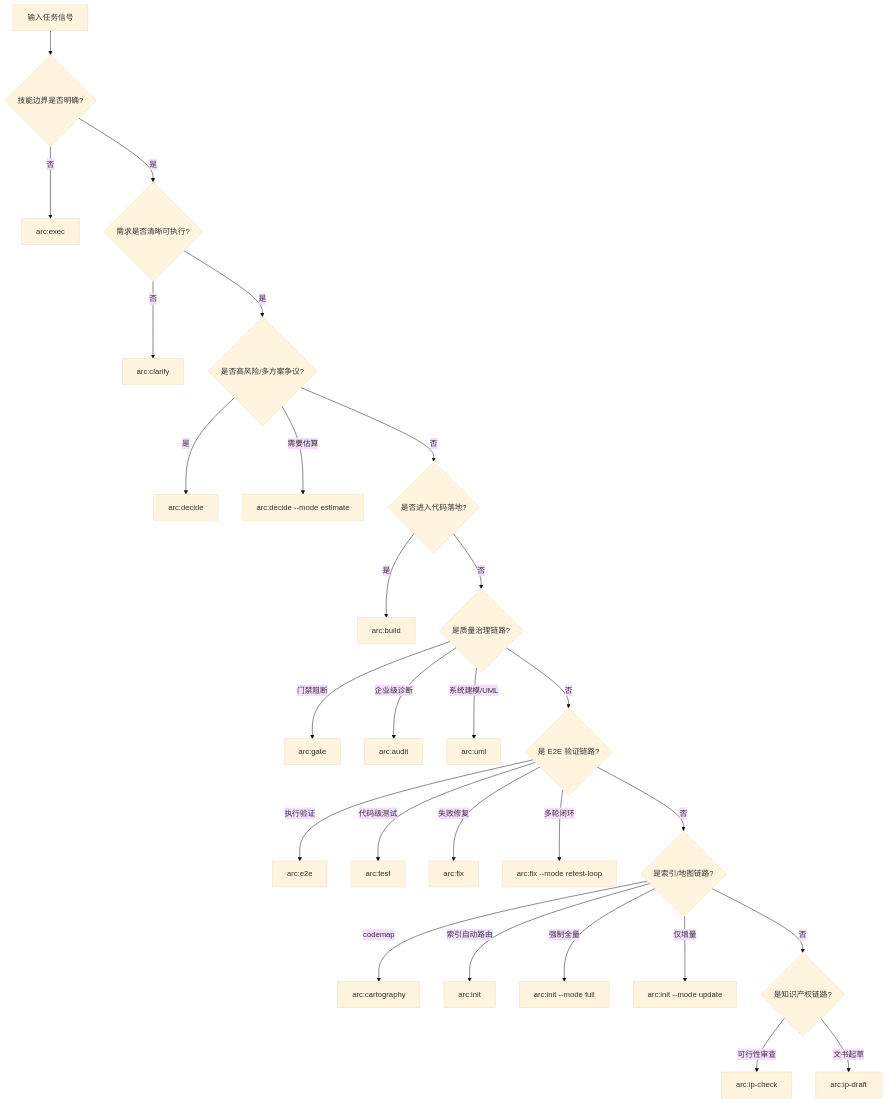
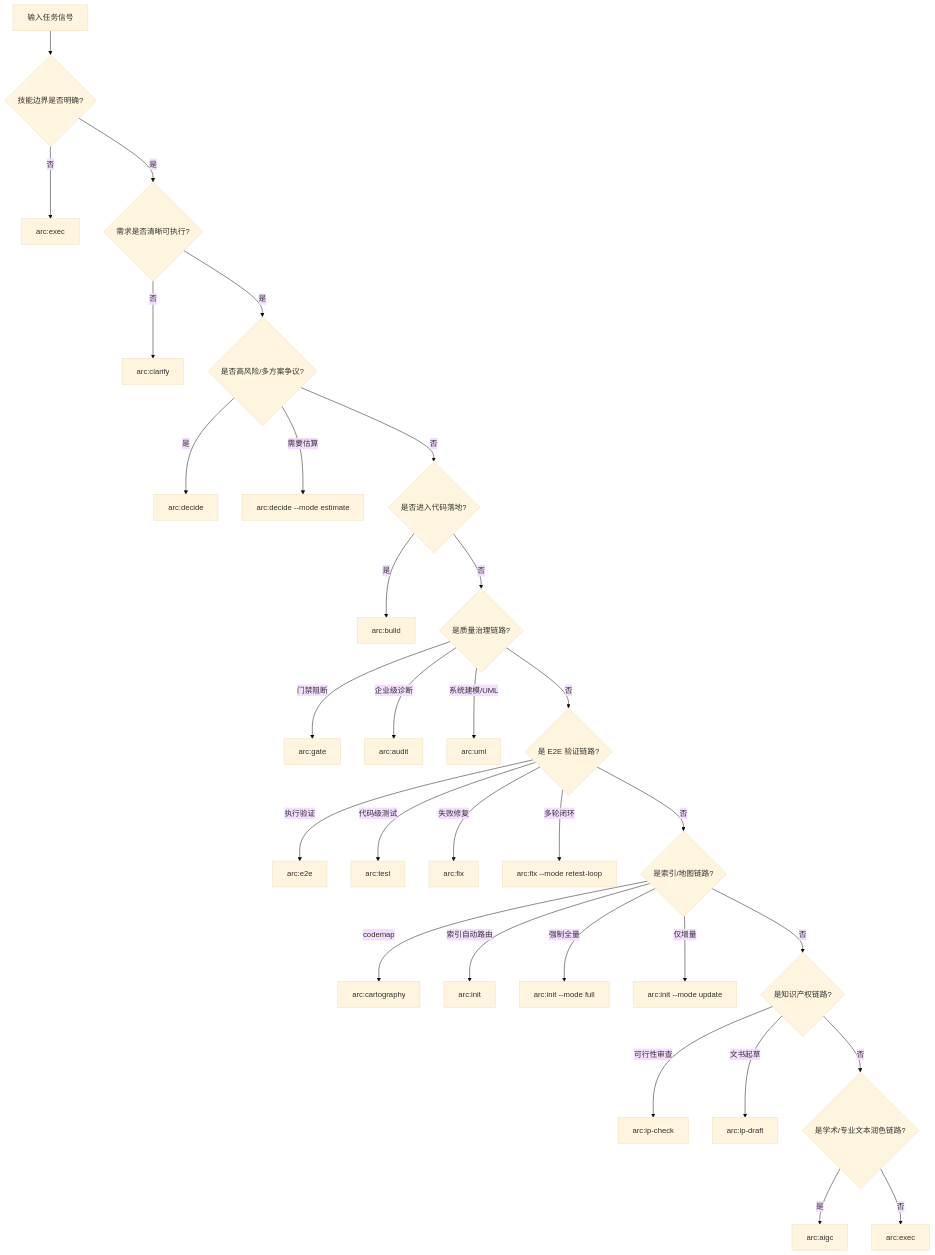
The diagram in docs/arc-routing-matrix.md (iwen-conf/Skills), drawn with Mermaid (base theme) before and after one commit. The commit also changed other lines of this file and 7 other files, not shown here.

````diff
--- a/docs/arc-routing-matrix.md
+++ b/docs/arc-routing-matrix.md
@@ -25,29 +26,32 @@
 ```mermaid
 flowchart TD
     A["输入任务信号"] --> B{"技能边界是否明确?"}
     B -- "否" --> AG["arc:exec"]
     B -- "是" --> C{"需求是否清晰可执行?"}
     C -- "否" --> RF["arc:clarify"]
     C -- "是" --> D{"是否高风险/多方案争议?"}
     D -- "是" --> DL["arc:decide"]
     D -- "需要估算" --> EST["arc:decide --mode estimate"]
     D -- "否" --> E{"是否进入代码落地?"}
     E -- "是" --> IM["arc:build"]
     E -- "否" --> F{"是质量治理链路?"}
     F -- "门禁阻断" --> GT["arc:gate"]
     F -- "企业级诊断" --> RV["arc:audit"]
     F -- "系统建模/UML" --> UML["arc:uml"]
     F -- "否" --> G{"是 E2E 验证链路?"}
     G -- "执行验证" --> SM["arc:e2e"]
     G -- "代码级测试" --> UT["arc:test"]
     G -- "失败修复" --> TR["arc:fix"]
     G -- "多轮闭环" --> LP["arc:fix --mode retest-loop"]
     G -- "否" --> H{"是索引/地图链路?"}
     H -- "codemap" --> CT["arc:cartography"]
     H -- "索引自动路由" --> IN["arc:init"]
     H -- "强制全量" --> IF["arc:init --mode full"]
     H -- "仅增量" --> IU["arc:init --mode update"]
     H -- "否" --> I{"是知识产权链路?"}
     I -- "可行性审查" --> IA["arc:ip-check"]
     I -- "文书起草" --> ID["arc:ip-draft"]
+    I -- "否" --> J{"是学术/专业文本润色链路?"}
+    J -- "是" --> AI["arc:aigc"]
+    J -- "否" --> AG2["arc:exec"]
 ```
````
